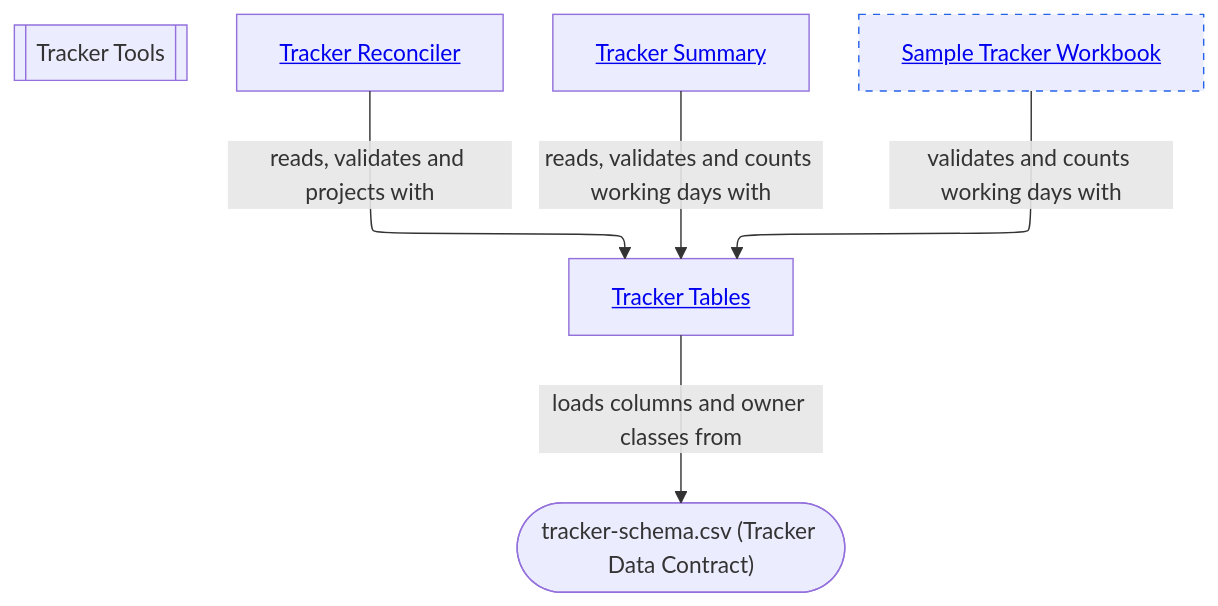
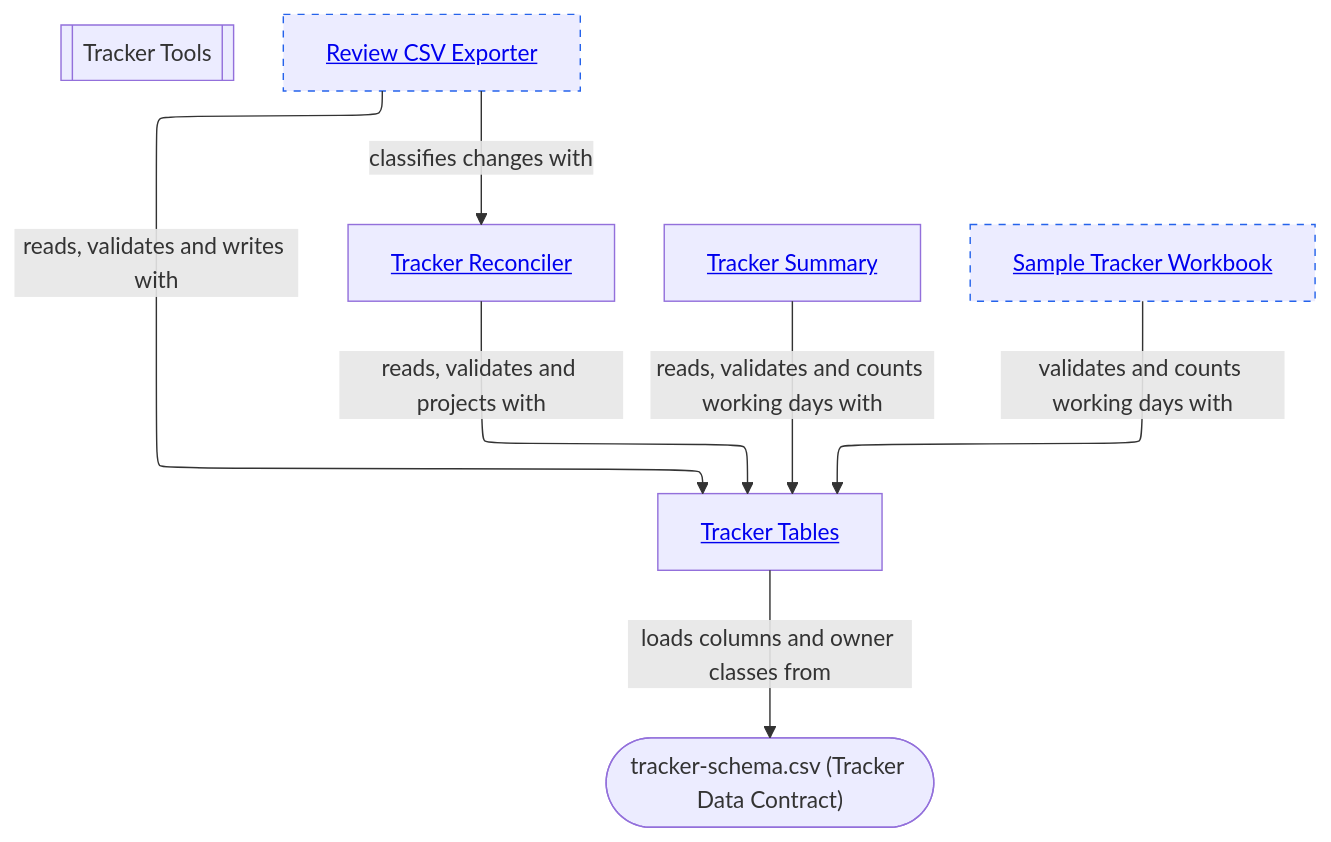
The second of 2 diagrams in tracker-tools/README.md (vrparthasarathy/migration-job-discovery), drawn with Mermaid before and after one commit. The commit also changed other lines of this file and 12 other files, not shown here.

Commit message:
Plan Discovery Orchestrator and Review CSV Exporter.

````diff
--- a/tracker-tools/README.md
+++ b/tracker-tools/README.md
@@ -84,19 +86,22 @@
 ```mermaid
 ---
 config:
   layout: elk
 ---
 %%{init: {"securityLevel": "loose"}}%%
 flowchart TB
   grp[["Tracker Tools"]]
   tracker_tables["<a href='tracker-tables/README.md#diagram'>Tracker Tables</a>"]
   tracker_reconciler["<a href='tracker-reconciler/README.md#diagram'>Tracker Reconciler</a>"]
   tracker_summary["<a href='tracker-summary/README.md#diagram'>Tracker Summary</a>"]
   sample["<a href='sample-tracker-workbook/README.md#planned-diagram'>Sample Tracker Workbook</a>"]:::planned
+  exporter["<a href='review-csv-exporter/README.md#planned-diagram'>Review CSV Exporter</a>"]:::planned
   schema(["tracker-schema.csv (Tracker Data Contract)"])
   tracker_reconciler -->|"reads, validates and projects with"| tracker_tables
   tracker_summary -->|"reads, validates and counts working days with"| tracker_tables
   sample -->|"validates and counts working days with"| tracker_tables
+  exporter -->|"reads, validates and writes with"| tracker_tables
+  exporter -->|"classifies changes with"| tracker_reconciler
   tracker_tables -->|"loads columns and owner classes from"| schema
   classDef planned stroke-dasharray: 5 5,stroke:#2563eb
 ```
````
